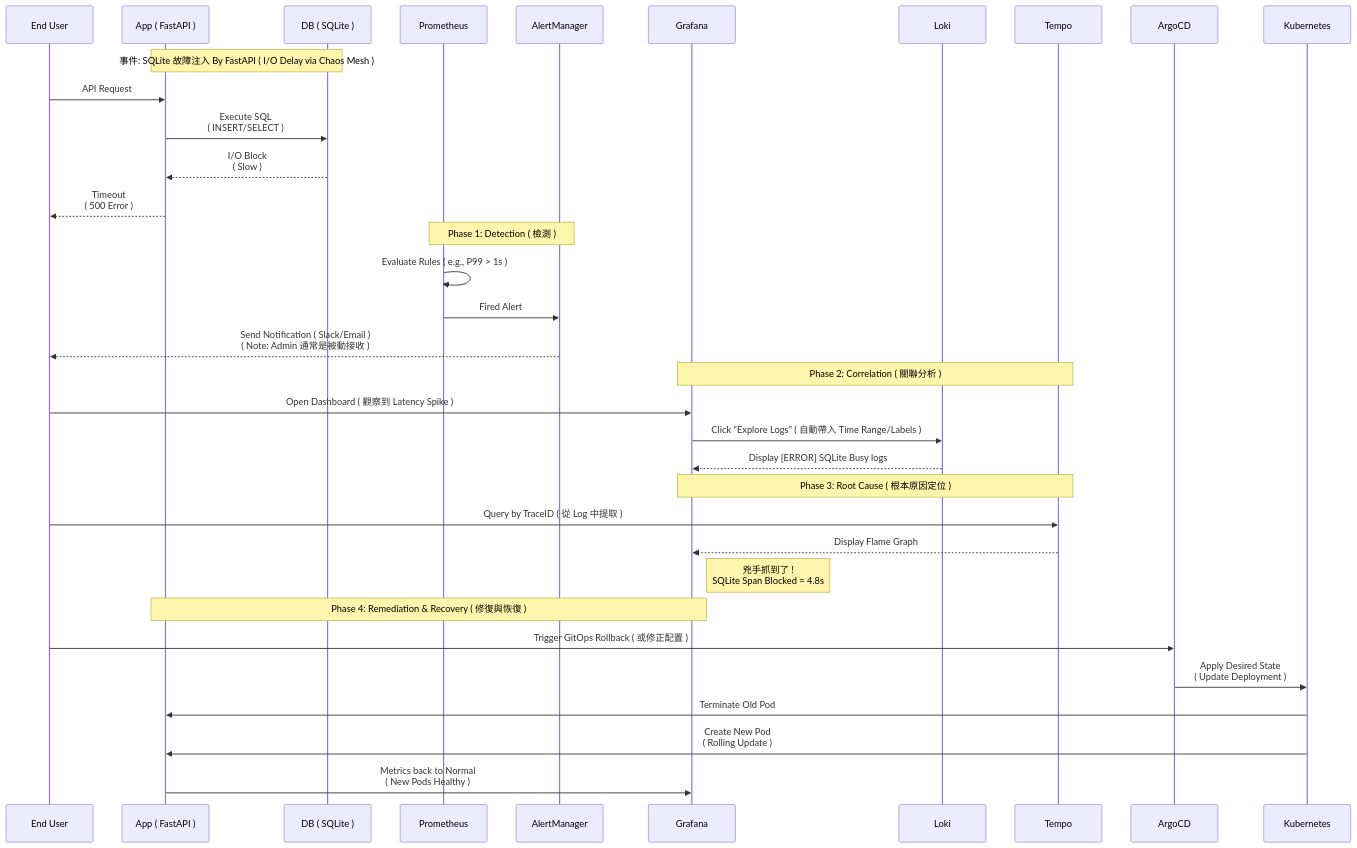
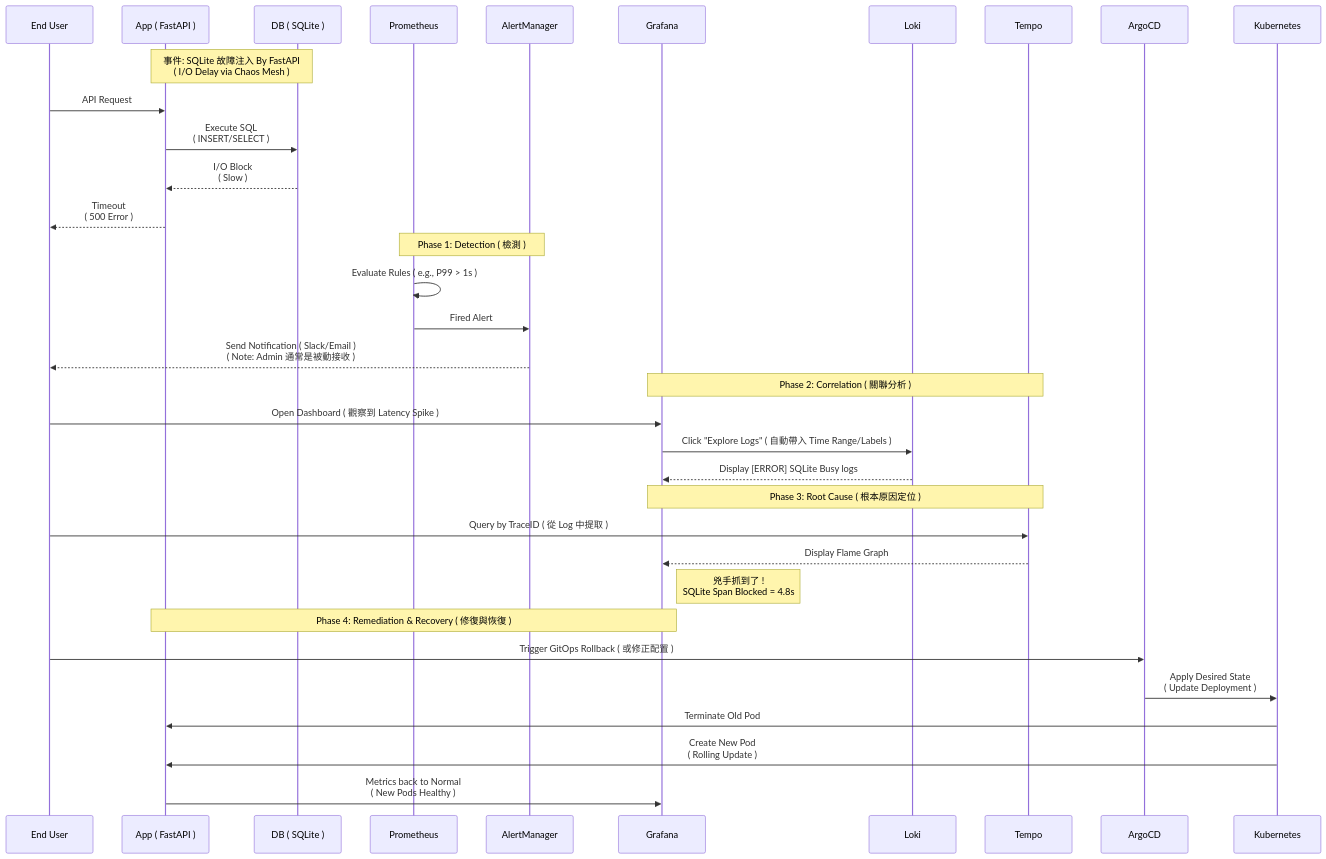
Before and after one commit to Junwu0615/Platform-Genesis: the diagram in docs/Observability-Platform-Validation.md, drawn with Mermaid.

Commit message:
update somethings

````diff
--- a/docs/Observability-Platform-Validation.md
+++ b/docs/Observability-Platform-Validation.md
@@ -231,41 +231,41 @@
 ```mermaid
 sequenceDiagram
     participant User as End User
     participant App as App ( FastAPI )
     participant DB as DB ( SQLite )
     participant P as Prometheus
     participant A as AlertManager
     participant G as Grafana
     participant L as Loki
     participant T as Tempo
     participant Argo as ArgoCD
     participant K8s as Kubernetes
 
-    Note over App, DB: 事件: SQLite 故障注入 By FastAPI ( I/O Delay via Chaos Mesh )
+    Note over App, DB: 事件: SQLite 故障注入 By FastAPI<br>( I/O Delay via Chaos Mesh )
     User->>App: API Request
     App->>DB: Execute SQL<br>( INSERT/SELECT )
     DB-->>App: I/O Block<br>( Slow )
     App-->>User: Timeout<br>( 500 Error )
 
     Note over P, A: Phase 1: Detection ( 檢測 )
     P->>P: Evaluate Rules ( e.g., P99 > 1s )
     P->>A: Fired Alert
     A-->>User: Send Notification ( Slack/Email )<br/>( Note: Admin 通常是被動接收 )
 
     Note over G, T: Phase 2: Correlation ( 關聯分析 )
     User->>G: Open Dashboard ( 觀察到 Latency Spike )
     G->>L: Click "Explore Logs" ( 自動帶入 Time Range/Labels )
     L-->>G: Display [ERROR] SQLite Busy logs
 
     Note over G, T: Phase 3: Root Cause ( 根本原因定位 )
     User->>T: Query by TraceID ( 從 Log 中提取 )
     T-->>G: Display Flame Graph
     Note right of G: 兇手抓到了 !<br/>SQLite Span Blocked = 4.8s
 
     Note over App, G: Phase 4: Remediation & Recovery ( 修復與恢復 )
     User->>Argo: Trigger GitOps Rollback ( 或修正配置 )
     Argo->>K8s: Apply Desired State<br>( Update Deployment )
     K8s->>App: Terminate Old Pod
     K8s->>App: Create New Pod<br>( Rolling Update )
     App->>G: Metrics back to Normal<br>( New Pods Healthy )
 ```
````
